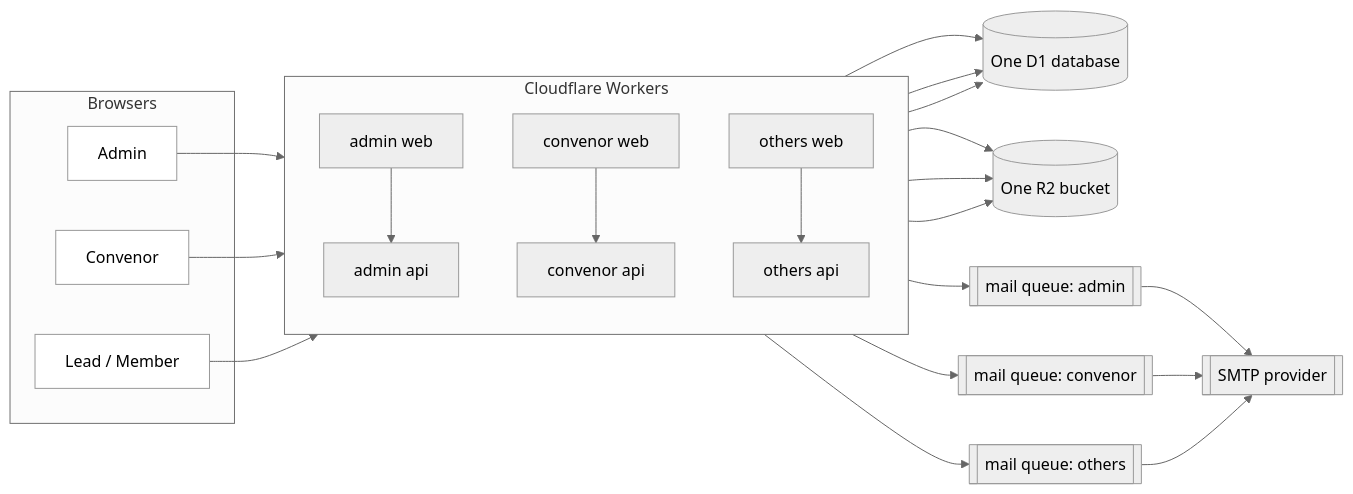
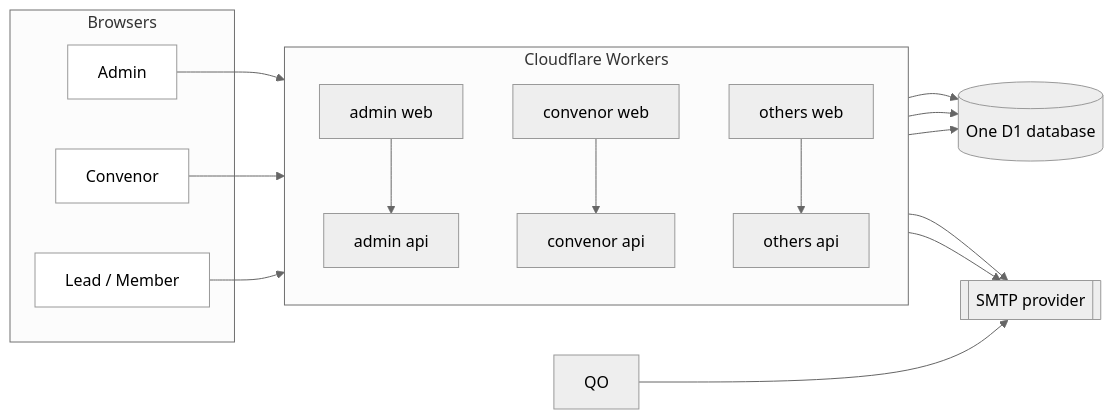
One commit to KarthickRamAlagar/Dastaan-Committee changed the first of 5 diagrams in docs/HLD.md. Above: the diagram before and after it, drawn with Mermaid (neutral theme). The commit also changed other lines of this file and 17 other files, not shown here.

````diff
--- a/docs/HLD.md
+++ b/docs/HLD.md
@@ -20,30 +20,24 @@
 ```mermaid
 flowchart LR
   subgraph Browsers
     A[Admin]:::p
     C[Convenor]:::p
     L[Lead / Member]:::p
   end
   subgraph Apps["Cloudflare Workers"]
     direction TB
     WA[admin web] --> SA[admin api]
     WC[convenor web] --> SC[convenor api]
     WO[others web] --> SO[others api]
   end
   A --> WA
   C --> WC
   L --> WO
   SA --> D1[(One D1 database)]
   SC --> D1
   SO --> D1
-  SA --> R2[(One R2 bucket)]
-  SC --> R2
-  SO --> R2
-  SA --> QA[[mail queue: admin]]
-  SC --> QC[[mail queue: convenor]]
-  SO --> QO[[mail queue: others]]
-  QA --> MAIL[[SMTP provider]]
-  QC --> MAIL
+  SA --> MAIL[[SMTP provider]]
+  SC --> MAIL
   QO --> MAIL
   classDef p fill:#fff,stroke:#999
 ```
````
